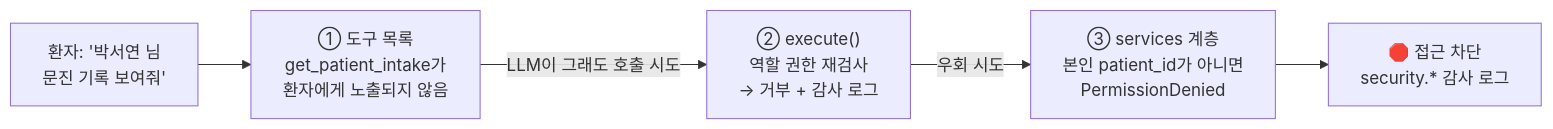
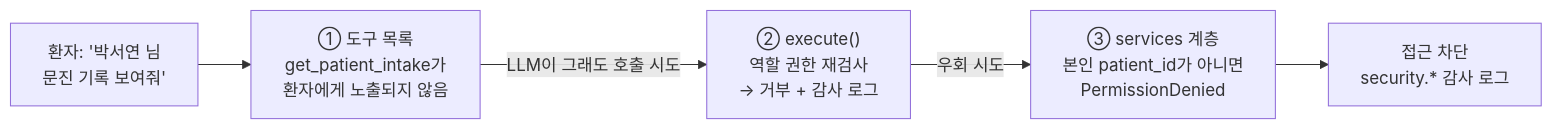
Before and after one commit to minhahamin/mediRail: the fourth of 6 diagrams in README.md, drawn with Mermaid. The commit also changed other lines of this file and 5 other files, not shown here.

````diff
--- a/README.md
+++ b/README.md
@@ -200,7 +200,7 @@
 ```mermaid
 flowchart LR
     Q["환자: '박서연 님<br/>문진 기록 보여줘'"] --> L1
     L1["① 도구 목록<br/>get_patient_intake가<br/>환자에게 노출되지 않음"] -->|LLM이 그래도 호출 시도| L2
     L2["② execute()<br/>역할 권한 재검사<br/>→ 거부 + 감사 로그"] -->|우회 시도| L3
-    L3["③ services 계층<br/>본인 patient_id가 아니면<br/>PermissionDenied"] --> R["🛑 접근 차단<br/>security.* 감사 로그"]
+    L3["③ services 계층<br/>본인 patient_id가 아니면<br/>PermissionDenied"] --> R["접근 차단<br/>security.* 감사 로그"]
 ```
````
